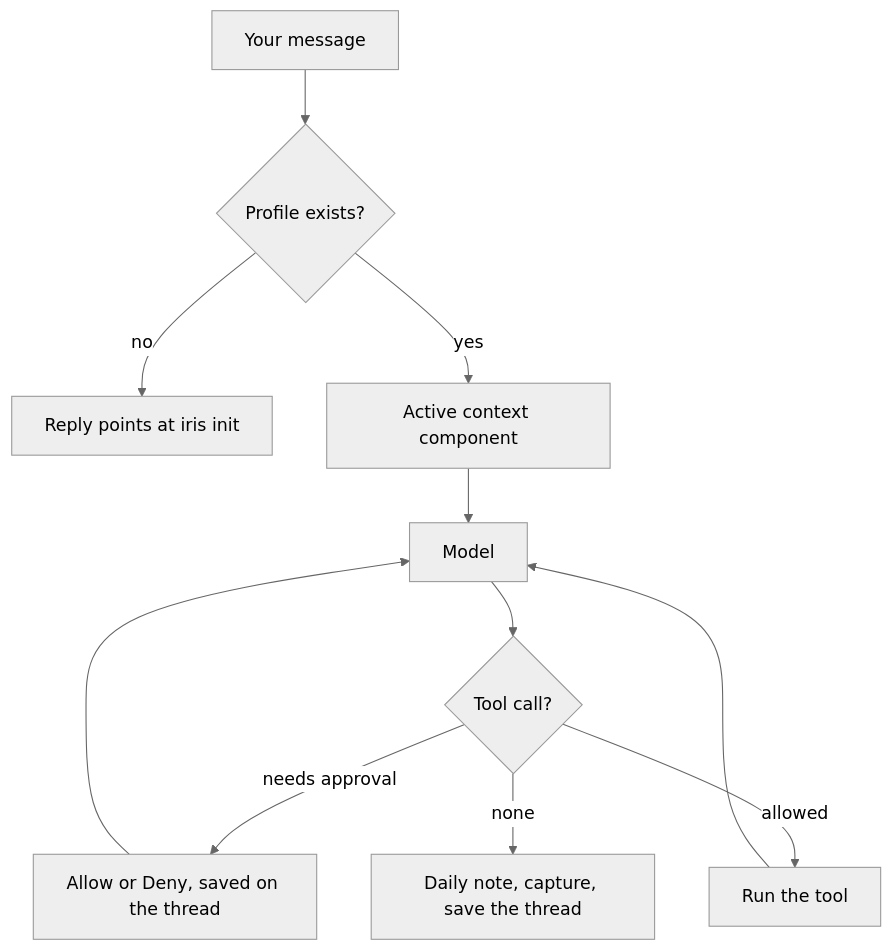
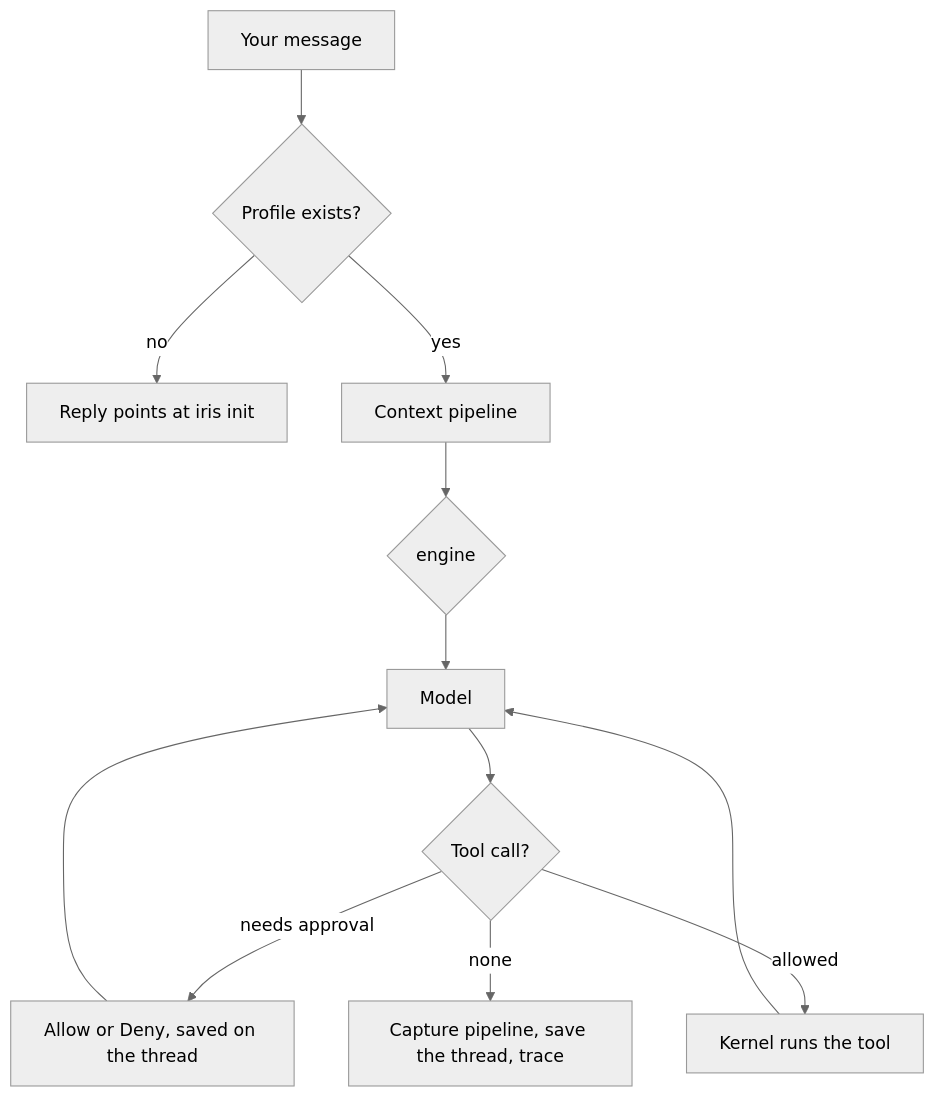
One commit to omhome16/Iris changed the third of 3 diagrams in README.md. Above: the diagram before and after it, drawn with Mermaid (neutral theme). The commit also changed other lines of this file, not shown here.

````diff
--- a/README.md
+++ b/README.md
@@ -238,13 +304,14 @@
 ```mermaid
 flowchart TD
   msg["Your message"] --> profile{"Profile exists?"}
   profile -->|no| setupReply["Reply points at iris init"]
-  profile -->|yes| assemble["Active context component"]
-  assemble --> agent["Model"]
+  profile -->|yes| assemble["Context pipeline"]
+  assemble --> engine{"engine"}
+  engine --> agent["Model"]
   agent --> tools{"Tool call?"}
   tools -->|needs approval| pause["Allow or Deny, saved on the thread"]
   pause --> agent
-  tools -->|allowed| run["Run the tool"]
+  tools -->|allowed| run["Kernel runs the tool"]
   run --> agent
-  tools -->|none| save["Daily note, capture, save the thread"]
+  tools -->|none| save["Capture pipeline, save the thread, trace"]
 ```
````
